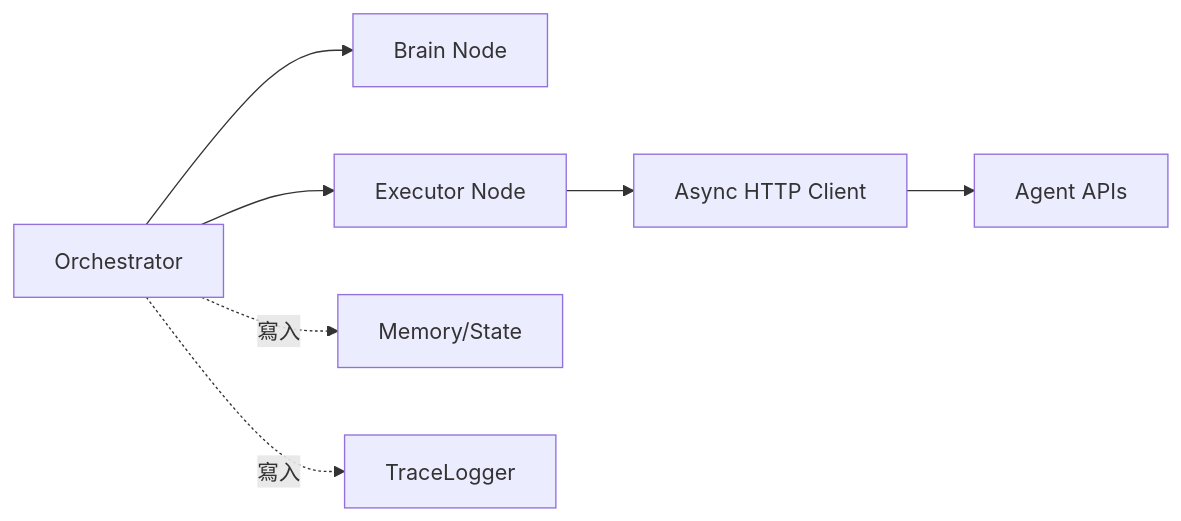
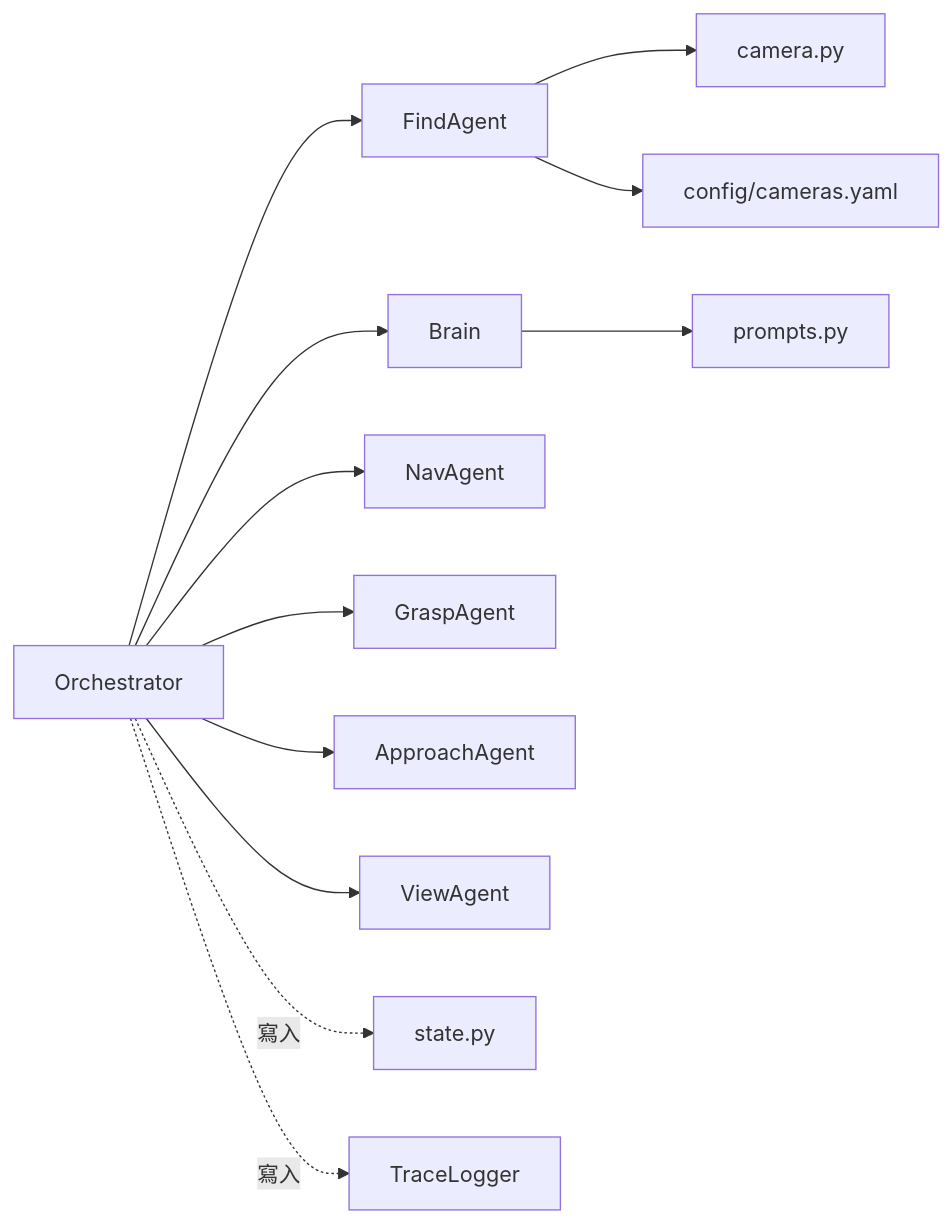
One commit to tj1125/pros_workflow changed the sixth of 8 diagrams in docs/spec.md. Above: the diagram before and after it, drawn with Mermaid. The commit also changed other lines of this file and 10 other files, not shown here.

Commit message:
feat: add find_node, config/, find_agent.py for on-demand object detection

````diff
--- a/docs/spec.md
+++ b/docs/spec.md
@@ -133,9 +152,14 @@
 ```mermaid
 graph LR
-  Orchestrator[Orchestrator] --> Brain[Brain Node]
-  Orchestrator --> Executor[Executor Node]
-  Executor --> HTTPClient[Async HTTP Client]
-  HTTPClient --> APIs[Agent APIs]
-  Orchestrator -. 寫入 .-> ContextMem[Memory/State]
+  Orchestrator --> FindAgent
+  Orchestrator --> Brain
+  Orchestrator --> NavAgent
+  Orchestrator --> GraspAgent
+  Orchestrator --> ApproachAgent
+  Orchestrator --> ViewAgent
+  FindAgent --> CameraModule[camera.py]
+  FindAgent --> Config[config/cameras.yaml]
+  Brain --> Prompts[prompts.py]
+  Orchestrator -. 寫入 .-> State[state.py]
   Orchestrator -. 寫入 .-> TraceLog[TraceLogger]
 ```
````
